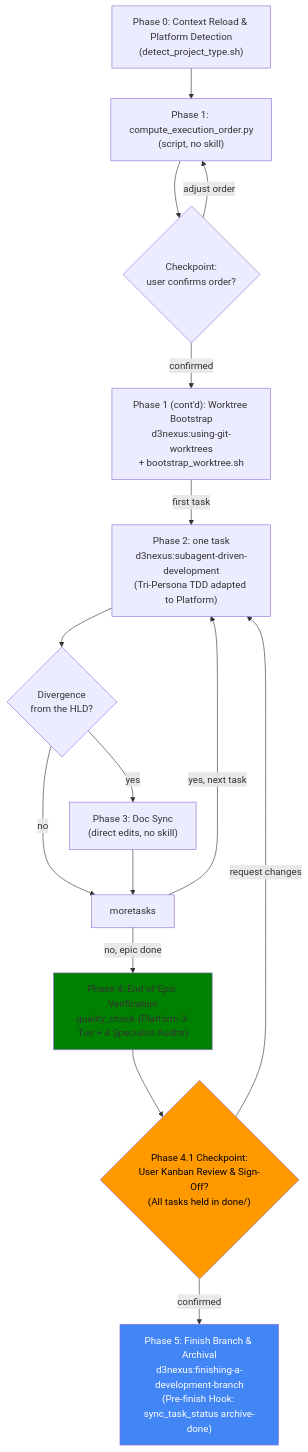
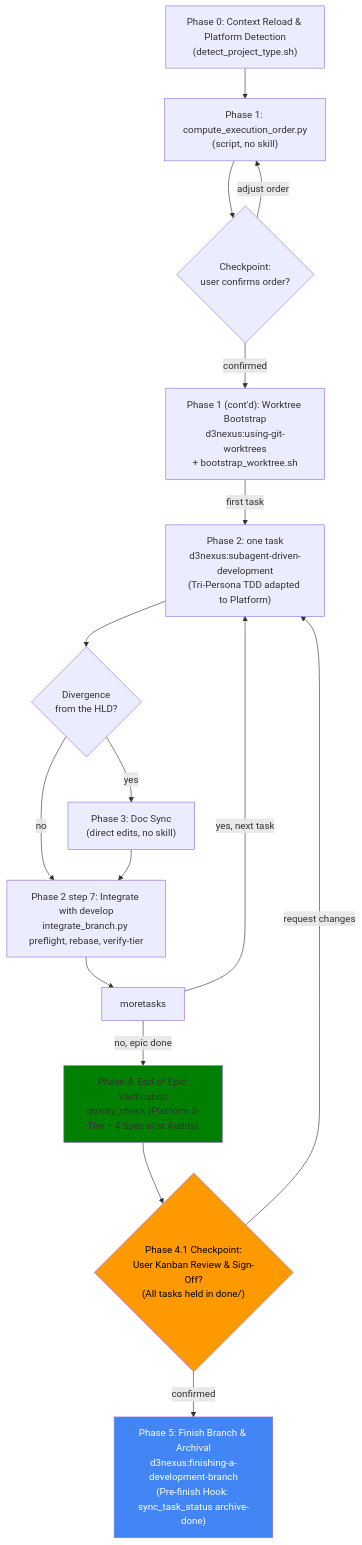
The diagram in skills/dev-implementation/SKILL.md (DanhDue/ai-agent-tools), drawn with Mermaid before and after one commit. The commit also changed other lines of this file, not shown here.

First line of the commit message:
[FINISHING_BRANCH_REBASE] Integrate with develop after every epic task

````diff
--- a/skills/dev-implementation/SKILL.md
+++ b/skills/dev-implementation/SKILL.md
@@ -41,31 +41,33 @@
 ```mermaid
 flowchart TB
     phase0["Phase 0: Context Reload & Platform Detection\n(detect_project_type.sh)"]
     phase1a["Phase 1: compute_execution_order.py\n(script, no skill)"]
     checkpoint{"Checkpoint:\nuser confirms order?"}
     phase1b["Phase 1 (cont'd): Worktree Bootstrap\nd3nexus:using-git-worktrees\n+ bootstrap_worktree.sh"]
     phase2["Phase 2: one task\nd3nexus:subagent-driven-development\n(Tri-Persona TDD adapted to Platform)"]
     diverged{"Divergence\nfrom the HLD?"}
     phase3["Phase 3: Doc Sync\n(direct edits, no skill)"]
+    integrate["Phase 2 step 7: Integrate with develop\nintegrate_branch.py preflight, rebase, verify-tier"]
     phase4["Phase 4: End of Epic Verification\nquality_check (Platform 3-Tier + 4 Specialist Audits)"]
     checkpoint4{"Phase 4.1 Checkpoint:\nUser Kanban Review & Sign-Off?\n(All tasks held in done/)"}
     phase5["Phase 5: Finish Branch & Archival\nd3nexus:finishing-a-development-branch\n(Pre-finish Hook: sync_task_status archive-done)"]
     style phase4 fill:green
     style checkpoint4 fill:#ff9900,color:#000
     style phase5 fill:#4285f4,color:#fff
 
     phase0 --> phase1a
     phase1a --> checkpoint
     checkpoint -- "adjust order" --> phase1a
     checkpoint -- "confirmed" --> phase1b
     phase1b -- "first task" --> phase2
     phase2 --> diverged
     diverged -- "yes" --> phase3
-    diverged -- "no" --> moretasks
-    phase3 --> moretasks
+    diverged -- "no" --> integrate
+    phase3 --> integrate
+    integrate --> moretasks
     moretasks -- "yes, next task" --> phase2
     moretasks -- "no, epic done" --> phase4
     phase4 --> checkpoint4
     checkpoint4 -- "request changes" --> phase2
     checkpoint4 -- "confirmed" --> phase5
 ```
````
